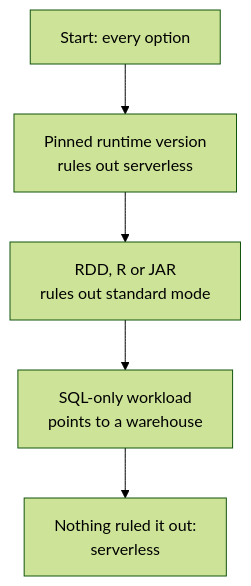
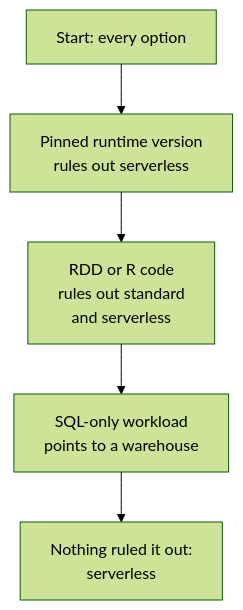
Before and after one commit to datacertlab/DataCertLab-Notes: the diagram in Microsoft/Microsoft Azure Databricks Data Engineer Associate (DP-750)/domain-1-set-up-and-configure-an-azure-databricks-environment.md, drawn with Mermaid (forest theme). The commit also changed other lines of this file and 4 other files, not shown here.

````diff
--- a/Microsoft/Microsoft Azure Databricks Data Engineer Associate (DP-750)/domain-1-set-up-and-configure-an-azure-databricks-environment.md
+++ b/Microsoft/Microsoft Azure Databricks Data Engineer Associate (DP-750)/domain-1-set-up-and-configure-an-azure-databricks-environment.md
@@ -79,7 +96,7 @@
 ```mermaid
 flowchart TD
     A["Start: every option"] --> B["Pinned runtime version<br/>rules out serverless"]
-    B --> C["RDD, R or JAR<br/>rules out standard mode"]
+    B --> C["RDD or R code<br/>rules out standard<br/>and serverless"]
     C --> D["SQL-only workload<br/>points to a warehouse"]
     D --> E["Nothing ruled it out:<br/>serverless"]
 ```
````
